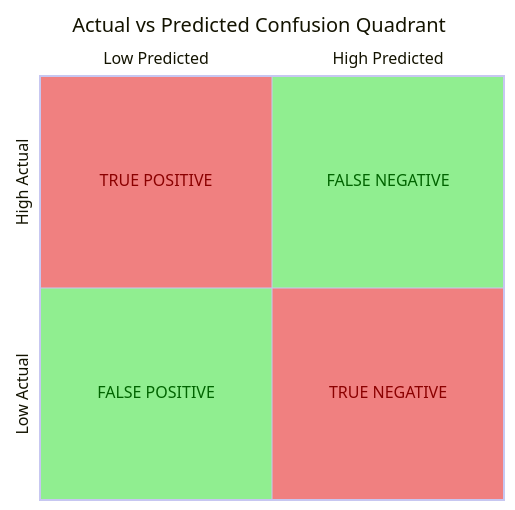
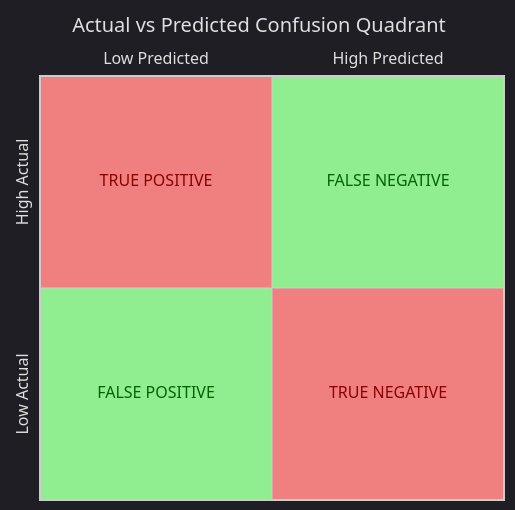
One commit to VanshDeshwal/notes changed the seventh of 7 diagrams in Data Science Notes/100 days of ML/Machine Learning Notes.md. Above: the diagram before and after it, drawn with Mermaid.

Commit message:
vault backup: 2025-08-05 01:27:25

````diff
--- a/Data Science Notes/100 days of ML/Machine Learning Notes.md
+++ b/Data Science Notes/100 days of ML/Machine Learning Notes.md
@@ -1555,24 +1555,24 @@
 ```mermaid
 %%{init: {
-  "theme": "default",
+  "theme": "dark",
   "themeVariables": {
     "quadrant1Fill": "#90ee90",
     "quadrant1TextFill": "#006400",
     "quadrant2Fill": "#f08080",
     "quadrant2TextFill": "#8b0000",
     "quadrant3Fill": "#90ee90",
     "quadrant3TextFill": "#006400",
     "quadrant4Fill": "#f08080",
     "quadrant4TextFill": "#8b0000"
   }
 }}%%
 quadrantChart
     title Actual vs Predicted Confusion Quadrant
     x-axis Low Predicted --> High Predicted
     y-axis Low Actual --> High Actual
     quadrant-1 FALSE NEGATIVE
     quadrant-2 TRUE POSITIVE
     quadrant-3 FALSE POSITIVE
     quadrant-4 TRUE NEGATIVE
 
 ```
````
